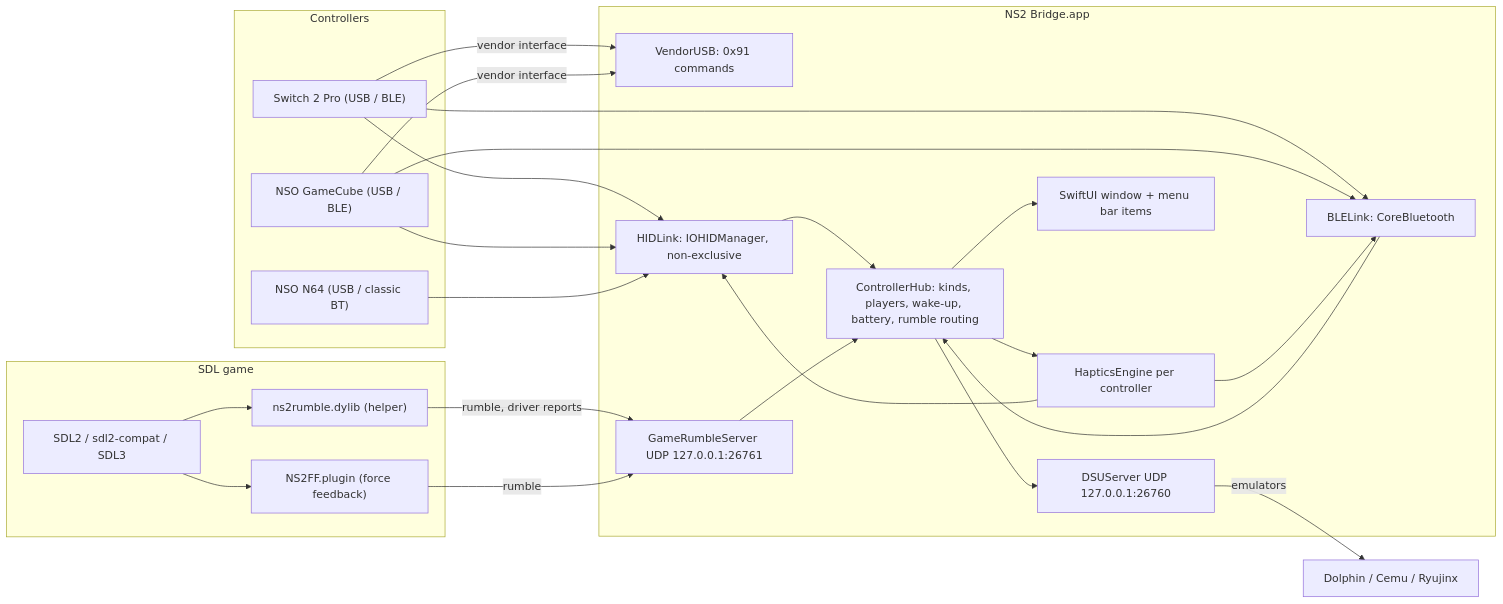
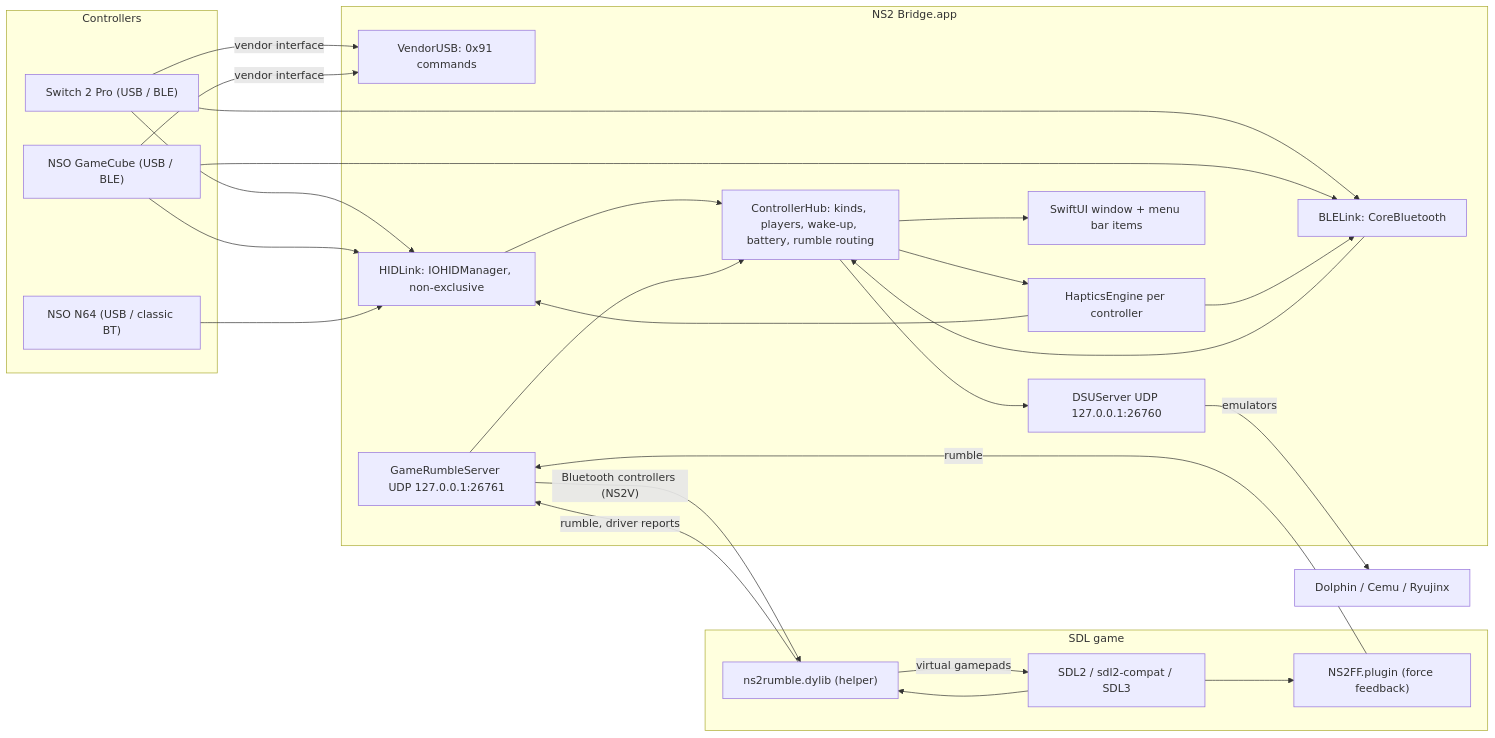
Before and after one commit to info-moed/NS2Bridge: the first of 3 diagrams in docs/ARCHITECTURE.md, drawn with Mermaid. The commit also changed other lines of this file and 114 other files, not shown here.

````diff
--- a/docs/ARCHITECTURE.md
+++ b/docs/ARCHITECTURE.md
@@ -3,31 +9,32 @@
 ```mermaid
 flowchart LR
   subgraph Controllers
     PRO["Switch 2 Pro (USB / BLE)"]
     GC["NSO GameCube (USB / BLE)"]
     N64["NSO N64 (USB / classic BT)"]
   end
   subgraph App["NS2 Bridge.app"]
     VU["VendorUSB: 0x91 commands"]
     HL["HIDLink: IOHIDManager, non-exclusive"]
     BL["BLELink: CoreBluetooth"]
     HUB["ControllerHub: kinds, players, wake-up, battery, rumble routing"]
     HE["HapticsEngine per controller"]
     GRS["GameRumbleServer UDP 127.0.0.1:26761"]
     DSU["DSUServer UDP 127.0.0.1:26760"]
     UI["SwiftUI window + menu bar items"]
   end
   subgraph Game["SDL game"]
     SDL["SDL2 / sdl2-compat / SDL3"]
     H["ns2rumble.dylib (helper)"]
     FF["NS2FF.plugin (force feedback)"]
   end
   PRO & GC -- "vendor interface" --> VU
   PRO & GC & N64 --> HL --> HUB
   PRO & GC --> BL --> HUB
   HUB --> UI
   HUB --> HE --> HL & BL
   HUB --> DSU -- "emulators" --> EMU["Dolphin / Cemu / Ryujinx"]
   SDL --> H -- "rumble, driver reports" --> GRS --> HUB
+  GRS -- "Bluetooth controllers (NS2V)" --> H -- "virtual gamepads" --> SDL
   SDL --> FF -- "rumble" --> GRS
 ```
````
